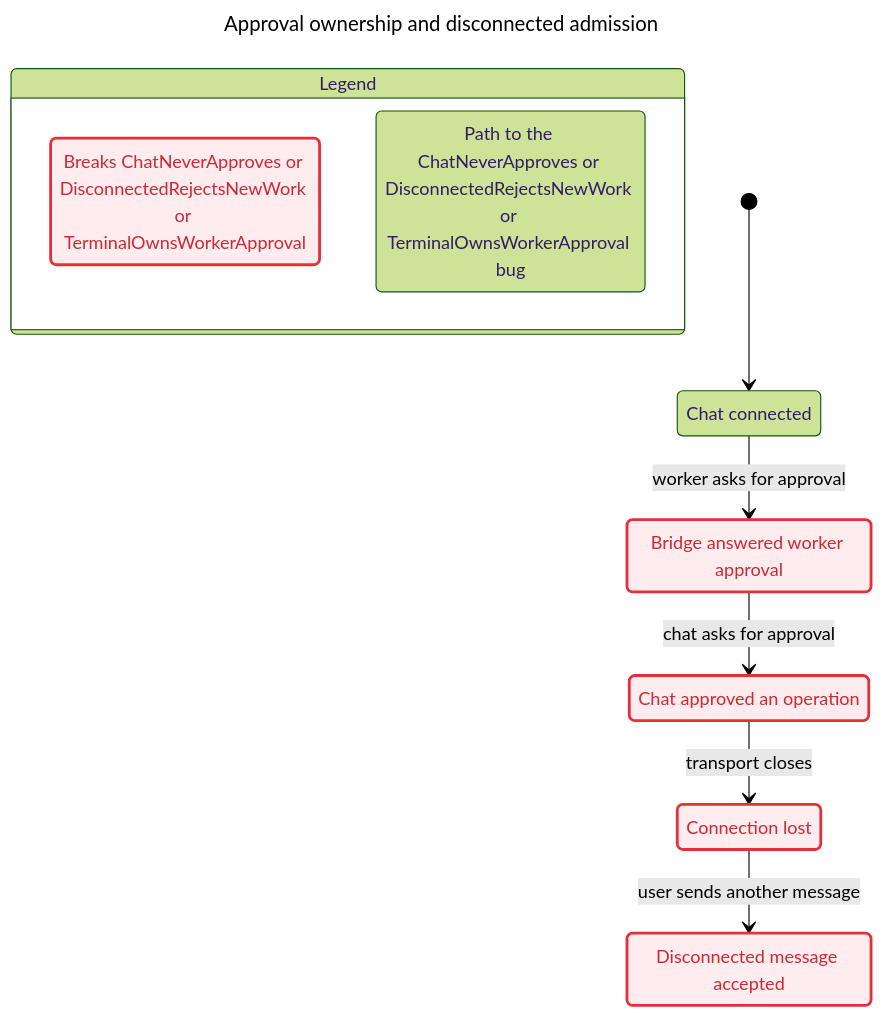
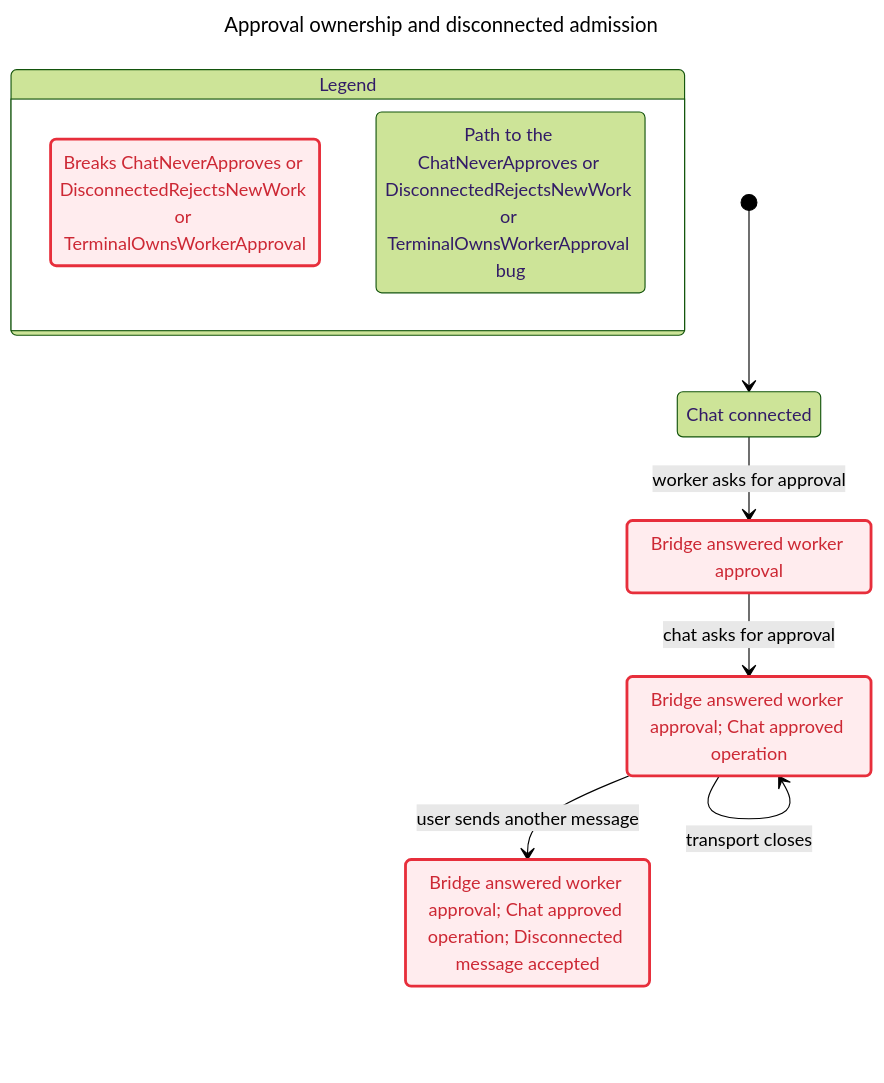
Before and after one commit to minatoaquaMK2/dori-superagent: the diagram in verification/herdr-chat/evidence/sensitivity/ownership/chart.mmd, drawn with Mermaid (forest theme). The commit also changed 120 other files, not shown here.

```diff
--- a/verification/herdr-chat/evidence/sensitivity/ownership/chart.mmd
+++ b/verification/herdr-chat/evidence/sensitivity/ownership/chart.mmd
@@ -1,30 +1,27 @@
 ---
 title: "Approval ownership and disconnected admission"
 ---
 stateDiagram-v2
   state "Legend" as legend {
     lg0: Breaks ChatNeverApproves or DisconnectedRejectsNewWork or TerminalOwnsWorkerApproval
     lg1: Path to the ChatNeverApproves or DisconnectedRejectsNewWork or TerminalOwnsWorkerApproval bug
   }
   class lg0 breaks
   class lg1 bugPath
   s0: Chat connected
   s1: Bridge answered worker approval
-  s2: Chat approved an operation
-  s3: Connection lost
-  s4: Disconnected message accepted
+  s2: Bridge answered worker approval#59; Chat approved operation
+  s3: Bridge answered worker approval#59; Chat approved operation#59; Disconnected message accepted
   [*] --> s0
   s0 --> s1: worker asks for approval
   s1 --> s2: chat asks for approval
-  s2 --> s3: transport closes
-  s3 --> s4: user sends another message
+  s2 --> s2: transport closes
+  s2 --> s3: user sends another message
   classDef breaks fill:#ffecee,stroke:#e72e3b,stroke-width:2.5px,color:#cd2834
   class s0 bugPath
   class s1 breaks
   class s1 bugPath
   class s2 breaks
   class s2 bugPath
   class s3 breaks
   class s3 bugPath
-  class s4 breaks
-  class s4 bugPath
```
